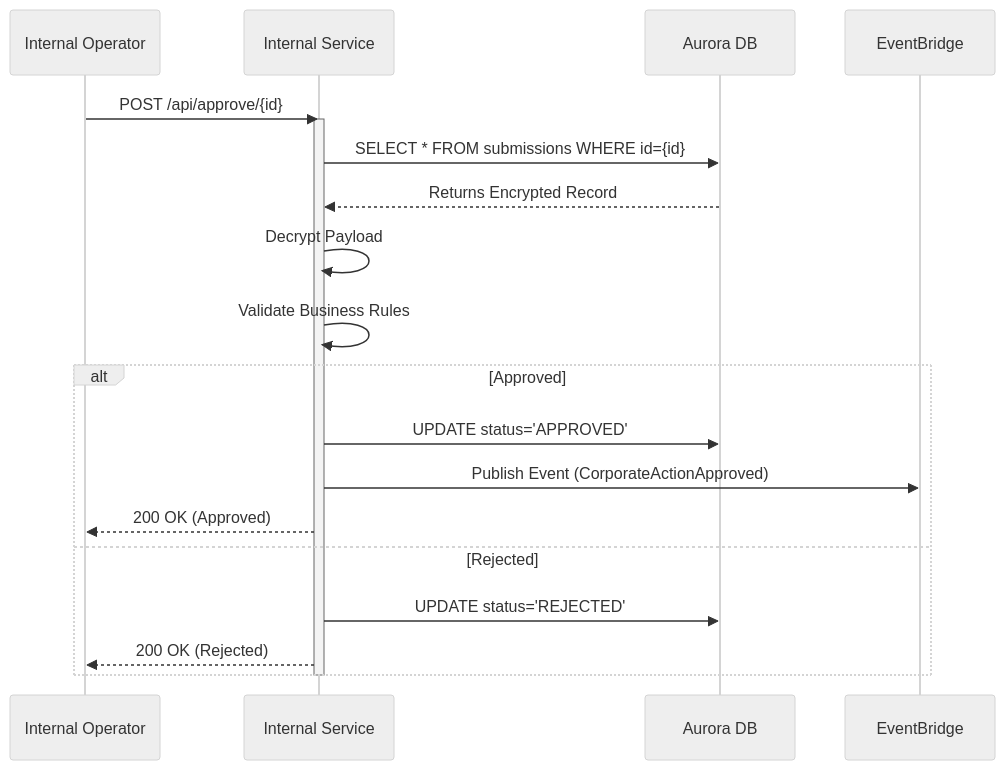
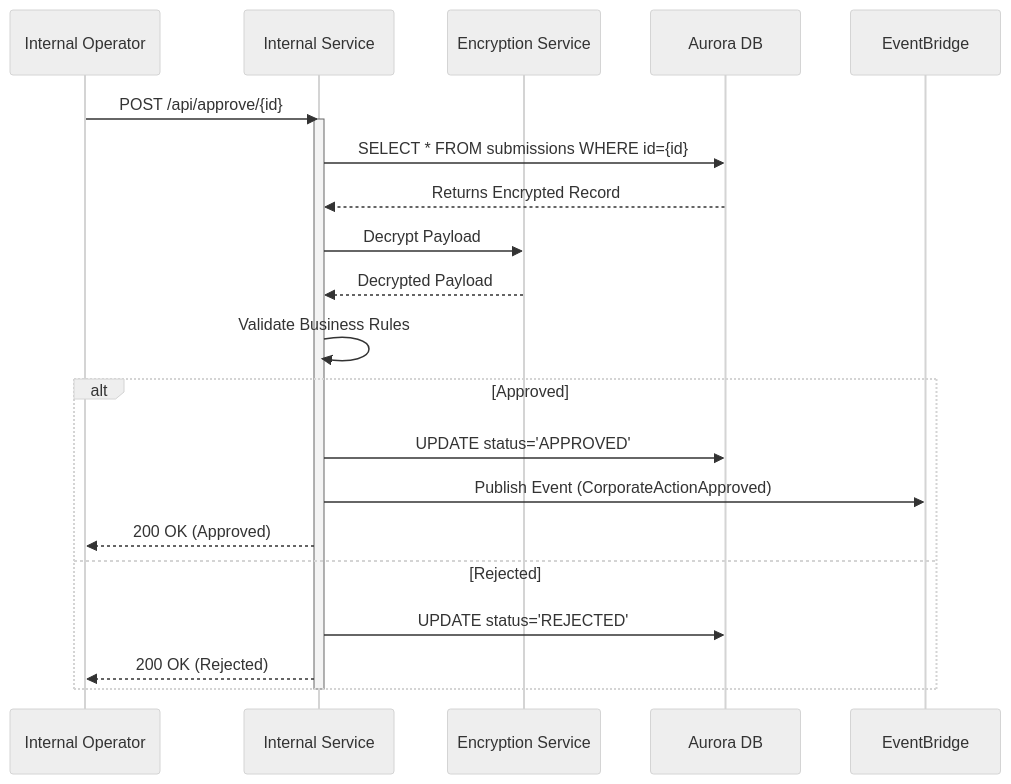
One commit to mgarythomas/aws-design-docs changed the third of 3 diagrams in DESIGN.md. Above: the diagram before and after it, drawn with Mermaid (neutral theme). The commit also changed other lines of this file and 1 other file, not shown here.

Commit message:
feat: Add a dedicated Encryption Service and update the architecture diagram, data flow, and security strategy in the design document.

````diff
--- a/DESIGN.md
+++ b/DESIGN.md
@@ -108,24 +116,26 @@
 ```mermaid
 sequenceDiagram
     participant Operator as Internal Operator
     participant Internal as Internal Service
+    participant Encryption as Encryption Service
     participant DB as Aurora DB
     participant EB as EventBridge
 
     Operator->>Internal: POST /api/approve/{id}
     activate Internal
     Internal->>DB: SELECT * FROM submissions WHERE id={id}
     DB-->>Internal: Returns Encrypted Record
-    Internal->>Internal: Decrypt Payload
+    Internal->>Encryption: Decrypt Payload
+    Encryption-->>Internal: Decrypted Payload
     Internal->>Internal: Validate Business Rules
 
     alt Approved
         Internal->>DB: UPDATE status='APPROVED'
         Internal->>EB: Publish Event (CorporateActionApproved)
         Internal-->>Operator: 200 OK (Approved)
     else Rejected
         Internal->>DB: UPDATE status='REJECTED'
         Internal-->>Operator: 200 OK (Rejected)
     end
     deactivate Internal
 ```
````
